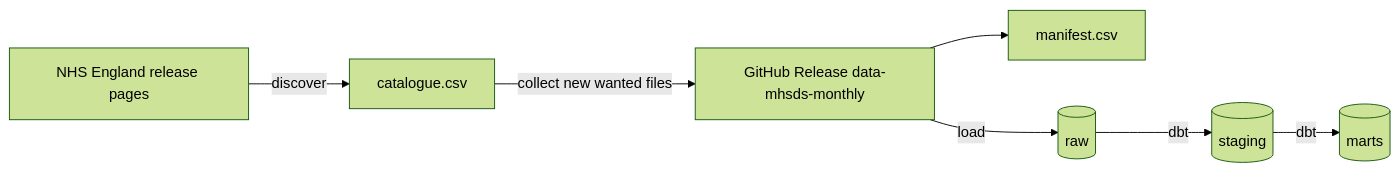
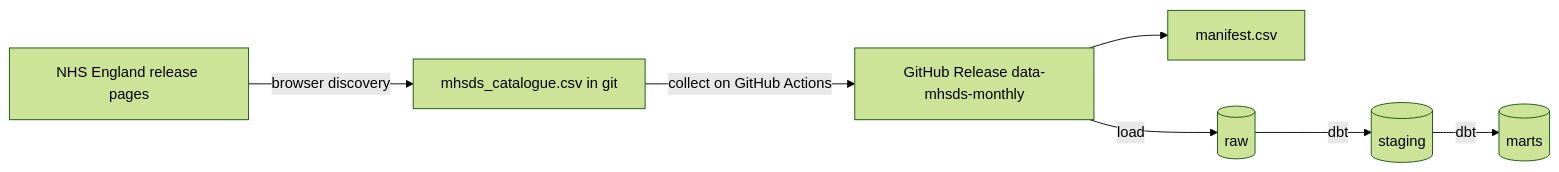
Before and after one commit to nbennwankwo/MentalScape-2.0: the diagram in docs/data/pipeline.md, drawn with Mermaid (forest theme). The commit also changed other lines of this file and 12 other files, not shown here.

First line of the commit message:
Split discovery from collection after NHS England's pages blocked runners

````diff
--- a/docs/data/pipeline.md
+++ b/docs/data/pipeline.md
@@ -7,9 +7,9 @@
 ```mermaid
 flowchart LR
-    A[NHS England release pages] -->|discover| B[catalogue.csv]
-    B -->|collect new wanted files| C[GitHub Release data-mhsds-monthly]
+    A[NHS England release pages] -->|browser discovery| B[mhsds_catalogue.csv in git]
+    B -->|collect on GitHub Actions| C[GitHub Release data-mhsds-monthly]
     C --> D[manifest.csv]
     C -->|load| E[(raw)]
     E -->|dbt| F[(staging)]
     F -->|dbt| G[(marts)]
 ```
````
